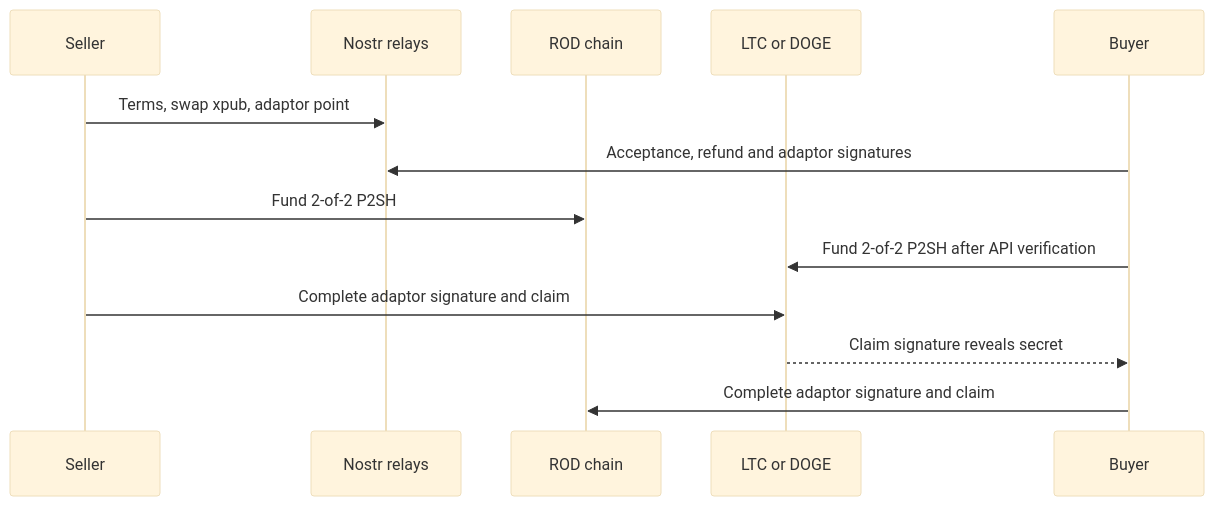
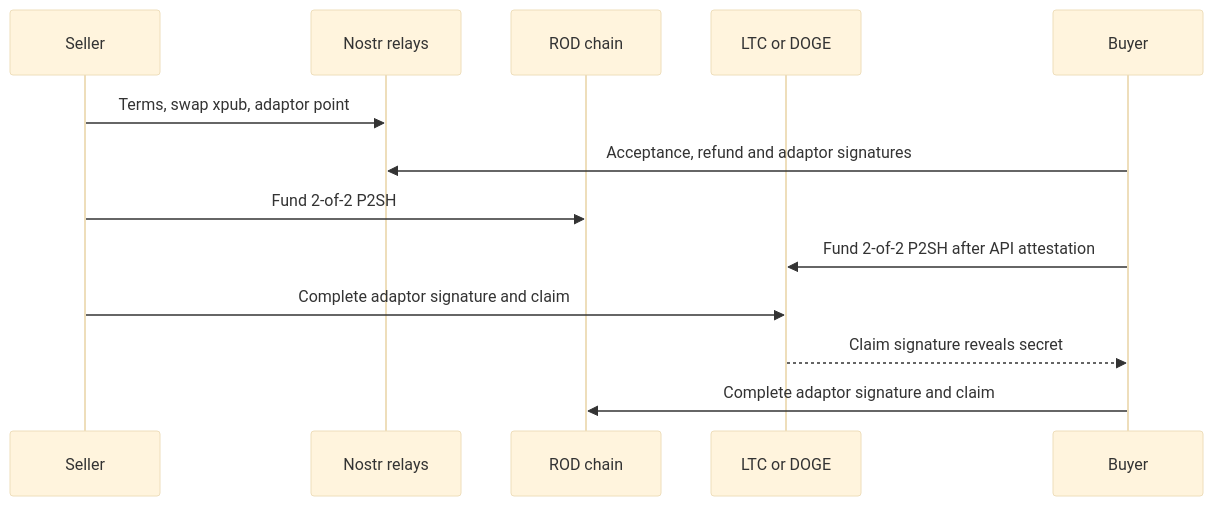
Before and after one commit to SpeXexHQ/SpeXex: the diagram in proof/applied-cryptography-assessment/rod-web-swap-applied-cryptography-assessment.md, drawn with Mermaid (base theme). The commit also changed other lines of this file and 29 other files, not shown here.

````diff
--- a/proof/applied-cryptography-assessment/rod-web-swap-applied-cryptography-assessment.md
+++ b/proof/applied-cryptography-assessment/rod-web-swap-applied-cryptography-assessment.md
@@ -31,15 +31,15 @@
 ```mermaid
 sequenceDiagram
     participant S as Seller
     participant N as Nostr relays
     participant R as ROD chain
     participant A as LTC or DOGE
     participant B as Buyer
     S->>N: Terms, swap xpub, adaptor point
     B->>N: Acceptance, refund and adaptor signatures
     S->>R: Fund 2-of-2 P2SH
-    B->>A: Fund 2-of-2 P2SH after API verification
+    B->>A: Fund 2-of-2 P2SH after API attestation
     S->>A: Complete adaptor signature and claim
     A-->>B: Claim signature reveals secret
     B->>R: Complete adaptor signature and claim
 ```
````
